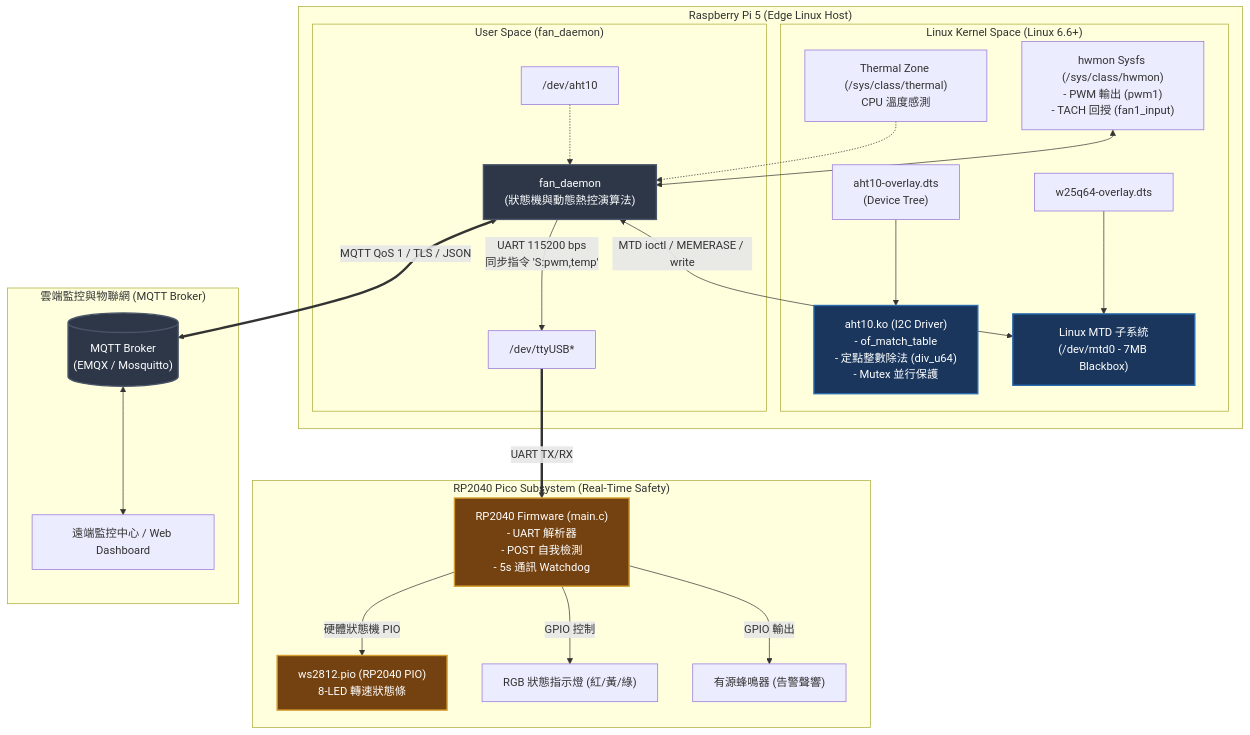
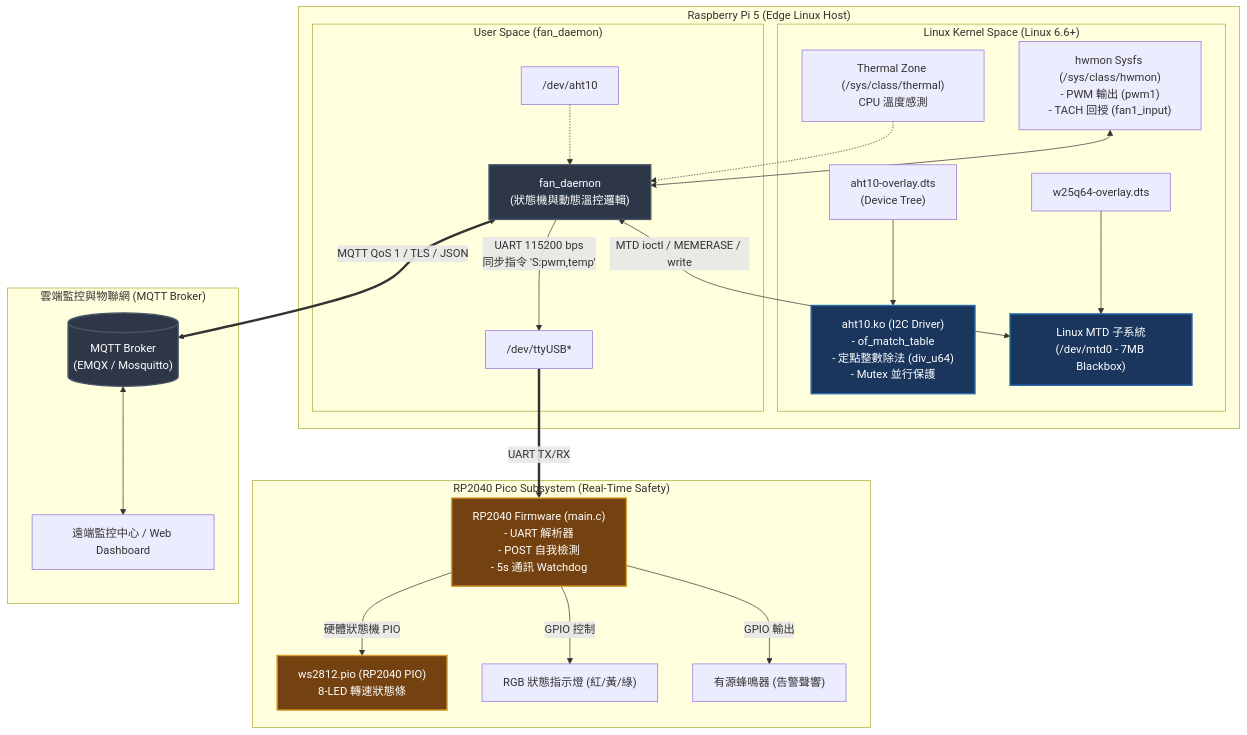
Before and after one commit to simpson588/rack-thermal-controller: the diagram in README.md, drawn with Mermaid. The commit also changed other lines of this file and 1 other file, not shown here.

````diff
--- a/README.md
+++ b/README.md
@@ -79,39 +79,39 @@
 ```mermaid
 graph TB
     subgraph Edge_Node ["Raspberry Pi 5 (Edge Linux Host)"]
         subgraph Kernel_Space ["Linux Kernel Space (Linux 6.6+)"]
             AHT10_DTS["aht10-overlay.dts\n(Device Tree)"] --> AHT10_DRV["aht10.ko (I2C Driver)\n- of_match_table\n- 定點整數除法 (div_u64)\n- Mutex 並行保護"]
             W25Q_DTS["w25q64-overlay.dts"] --> MTD_DRV["Linux MTD 子系統\n(/dev/mtd0 - 7MB Blackbox)"]
             HWMON["hwmon Sysfs (/sys/class/hwmon)\n- PWM 輸出 (pwm1)\n- TACH 回授 (fan1_input)"]
             CPU_TEMP["Thermal Zone (/sys/class/thermal)\nCPU 溫度感測"]
         end
 
         subgraph User_Space ["User Space (fan_daemon)"]
-            DEV_AHT10["/dev/aht10"] -.-> DAEMON["fan_daemon\n(狀態機與動態熱控演算法)"]
+            DEV_AHT10["/dev/aht10"] -.-> DAEMON["fan_daemon\n(狀態機與動態溫控邏輯)"]
             CPU_TEMP -.-> DAEMON
             HWMON <--> DAEMON
             
             DAEMON <-->|MTD ioctl / MEMERASE / write| MTD_DRV
             DAEMON -->|UART 115200 bps\n同步指令 'S:pwm,temp'| UART_PORT["/dev/ttyUSB*"]
         end
     end
 
     subgraph MCU_Subsystem ["RP2040 Pico Subsystem (Real-Time Safety)"]
         UART_PORT ==>|UART TX/RX| PICO_MAIN["RP2040 Firmware (main.c)\n- UART 解析器\n- POST 自我檢測\n- 5s 通訊 Watchdog"]
         PICO_MAIN -->|硬體狀態機 PIO| PIO_WS2812["ws2812.pio (RP2040 PIO)\n8-LED 轉速狀態條"]
         PICO_MAIN -->|GPIO 控制| STATUS_LEDS["RGB 狀態指示燈 (紅/黃/綠)"]
         PICO_MAIN -->|GPIO 輸出| BUZZER["有源蜂鳴器 (告警聲響)"]
     end
 
     subgraph Cloud_Network ["雲端監控與物聯網 (MQTT Broker)"]
         DAEMON <==>|MQTT QoS 1 / TLS / JSON| BROKER[("MQTT Broker\n(EMQX / Mosquitto)")]
         BROKER <--> WEB_DASH["遠端監控中心 / Web Dashboard"]
     end
 
     classDef highlight fill:#2D3748,stroke:#4A5568,stroke-width:2px,color:#FFF;
     classDef kernel fill:#1A365D,stroke:#2B6CB0,stroke-width:2px,color:#FFF;
     classDef mcu fill:#744210,stroke:#D69E2E,stroke-width:2px,color:#FFF;
     class DAEMON,BROKER highlight;
     class AHT10_DRV,MTD_DRV kernel;
     class PICO_MAIN,PIO_WS2812 mcu;
 ```
````
